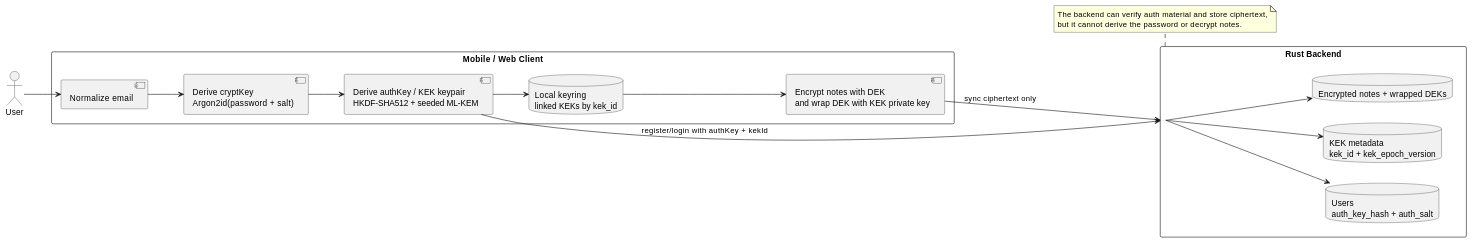
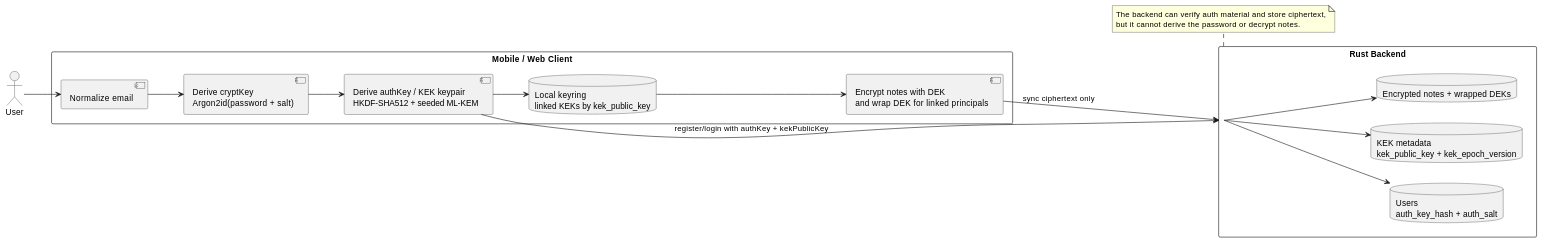
Before and after one commit to benedikt-weyer/preset-reactnative-expo-frontend-rust-backend-e2ee-github: the first of 2 diagrams in apps/docs/docs/auth-e2ee.md, drawn with PlantUML. The commit also changed other lines of this file and 27 other files, not shown here.

````diff
--- a/apps/docs/docs/auth-e2ee.md
+++ b/apps/docs/docs/auth-e2ee.md
@@ -20,38 +21,38 @@
 ```plantuml format="svg_inline" alt="High-level auth and E2EE flow" title="High-level auth and E2EE flow"
 @startuml
 left to right direction
 skinparam shadowing false
 skinparam packageStyle rectangle
 
 actor User
 rectangle "Mobile / Web Client" as Client {
    component "Normalize email" as Normalize
    component "Derive cryptKey\nArgon2id(password + salt)" as Kdf
    component "Derive authKey / KEK keypair\nHKDF-SHA512 + seeded ML-KEM" as Hkdf
-   component "Encrypt notes with DEK\nand wrap DEK with KEK private key" as Encrypt
-   database "Local keyring\nlinked KEKs by kek_id" as Keyring
+   component "Encrypt notes with DEK\nand wrap DEK for linked principals" as Encrypt
+   database "Local keyring\nlinked KEKs by kek_public_key" as Keyring
 }
 
 rectangle "Rust Backend" as Backend {
    database "Users\nauth_key_hash + auth_salt" as Users
-   database "KEK metadata\nkek_id + kek_epoch_version" as KekMeta
+   database "KEK metadata\nkek_public_key + kek_epoch_version" as KekMeta
    database "Encrypted notes + wrapped DEKs" as Ciphertext
 }
 
 User --> Normalize
 Normalize --> Kdf
 Kdf --> Hkdf
 Hkdf --> Keyring
-Hkdf --> Backend : register/login with authKey + kekId
+Hkdf --> Backend : register/login with authKey + kekPublicKey
 Encrypt --> Backend : sync ciphertext only
 Keyring --> Encrypt
 Backend --> Users
 Backend --> KekMeta
 Backend --> Ciphertext
 
 note bottom of Backend
 The backend can verify auth material and store ciphertext,
 but it cannot derive the password or decrypt notes.
 end note
 @enduml
 ```
````
